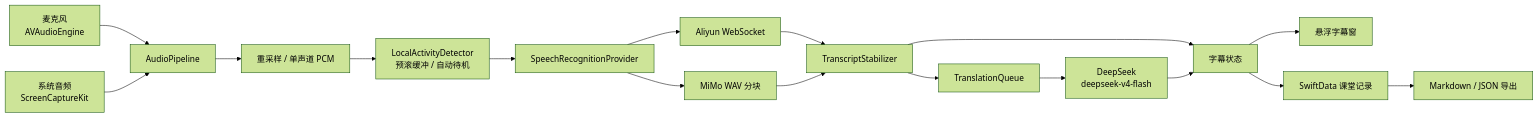
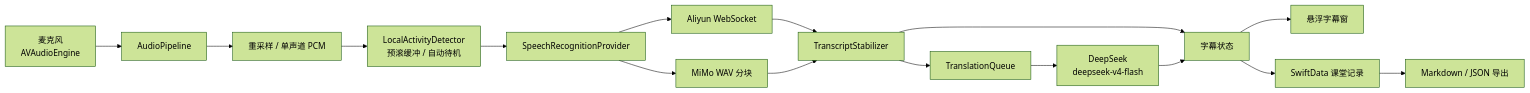
Before and after one commit to aquilasky/stt: the diagram in docs/MVP_DEVELOPMENT.md, drawn with Mermaid (forest theme). The commit also changed other lines of this file and 13 other files, not shown here.

````diff
--- a/docs/MVP_DEVELOPMENT.md
+++ b/docs/MVP_DEVELOPMENT.md
@@ -164,19 +163,18 @@
 ```mermaid
 flowchart LR
     A["麦克风<br/>AVAudioEngine"] --> C["AudioPipeline"]
-    B["系统音频<br/>ScreenCaptureKit"] --> C
     C --> D["重采样 / 单声道 PCM"]
     D --> M["LocalActivityDetector<br/>预滚缓冲 / 自动待机"]
     M --> E["SpeechRecognitionProvider"]
     E --> E1["Aliyun WebSocket"]
     E --> E2["MiMo WAV 分块"]
     E1 --> F["TranscriptStabilizer"]
     E2 --> F
     F --> G["字幕状态"]
     F --> H["TranslationQueue"]
     H --> I["DeepSeek<br/>deepseek-v4-flash"]
     I --> G
     G --> J["悬浮字幕窗"]
     G --> K["SwiftData 课堂记录"]
     K --> L["Markdown / JSON 导出"]
 ```
````
